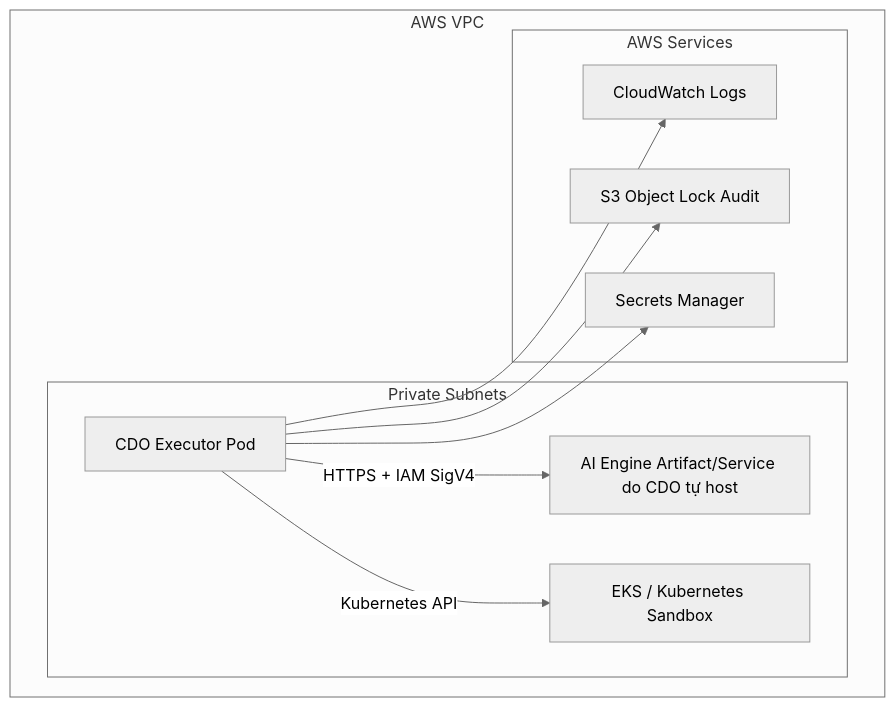
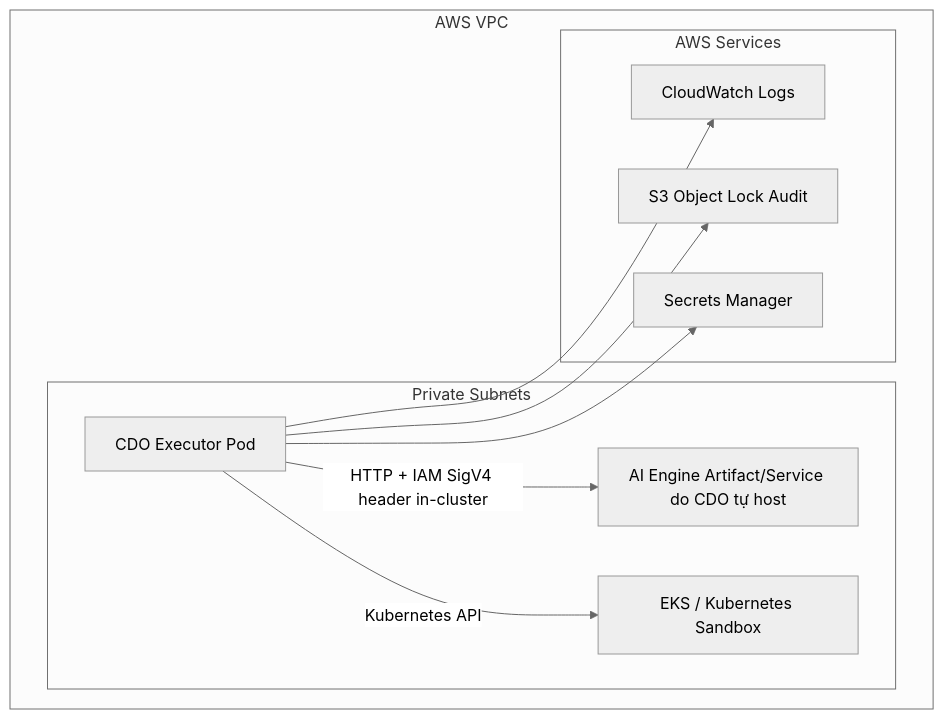
One commit to tuu-ngo/TF3-Self-Heal-Agent-AWS changed the diagram in docs/03_security_design.md. Above: the diagram before and after it, drawn with Mermaid (neutral theme). The commit also changed other lines of this file and 5 other files, not shown here.

````diff
--- a/docs/03_security_design.md
+++ b/docs/03_security_design.md
@@ -69,22 +69,22 @@
 ```mermaid
 graph TB
     subgraph "AWS VPC"
         subgraph "Private Subnets"
             EKS[EKS / Kubernetes Sandbox]
             EXEC[CDO Executor Pod]
             AI[AI Engine Artifact/Service do CDO tự host]
         end
 
         subgraph "AWS Services"
             CW[CloudWatch Logs]
             S3[S3 Object Lock Audit]
             SM[Secrets Manager]
         end
     end
 
-    EXEC -->|HTTPS + IAM SigV4| AI
+    EXEC -->|HTTP + IAM SigV4 header in-cluster| AI
     EXEC -->|Kubernetes API| EKS
     EXEC --> CW
     EXEC --> S3
     EXEC --> SM
 ```
````
